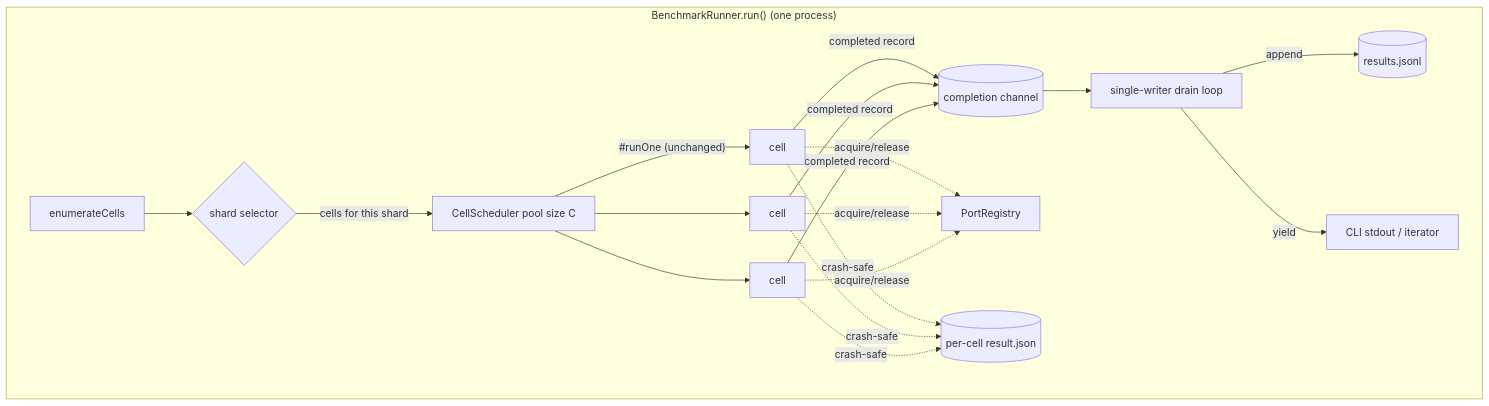
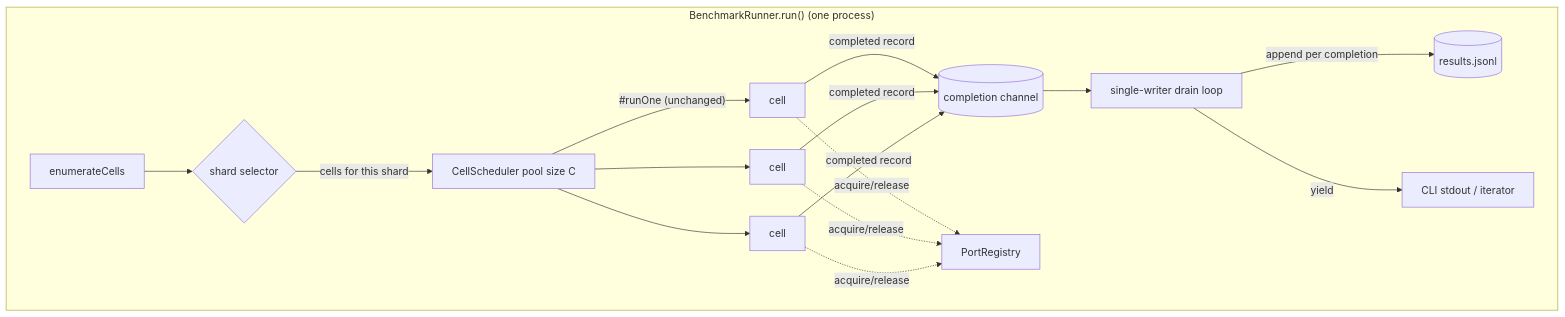
One commit to forwardimpact/monorepo changed the first of 2 diagrams in specs/2130-parallel-benchmark-execution/design-a.md. Above: the diagram before and after it, drawn with Mermaid. The commit also changed other lines of this file and 1 other file, not shown here.

````diff
--- a/specs/2130-parallel-benchmark-execution/design-a.md
+++ b/specs/2130-parallel-benchmark-execution/design-a.md
@@ -13,16 +22,15 @@
 ```mermaid
 flowchart TB
   subgraph runner["BenchmarkRunner.run() (one process)"]
     EN[enumerateCells] --> SH{shard selector}
     SH -->|cells for this shard| SCHED[CellScheduler pool size C]
     SCHED -->|"#runOne (unchanged)"| W1[cell]
     SCHED --> W2[cell]
     SCHED --> W3[cell]
     W1 & W2 & W3 -->|completed record| CH[(completion channel)]
     CH --> DRAIN[single-writer drain loop]
-    DRAIN -->|append| JSONL[(results.jsonl)]
+    DRAIN -->|append per completion| JSONL[(results.jsonl)]
     DRAIN -->|yield| OUT[CLI stdout / iterator]
     W1 & W2 & W3 -.acquire/release.-> PR[PortRegistry]
-    W1 & W2 & W3 -.crash-safe.-> RF[(per-cell result.json)]
   end
 ```
````
